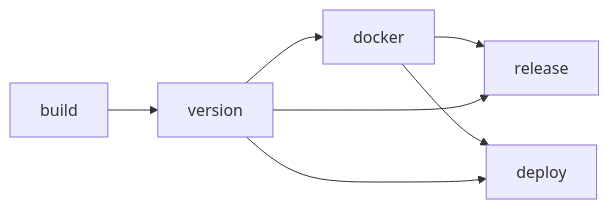
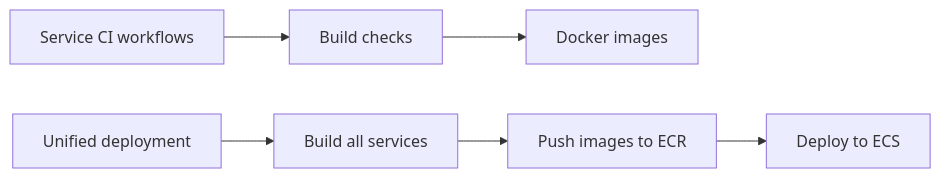
The diagram in ci-cd-pipelines.mdx (AIGravity/documentationai-Docs), drawn with Mermaid before and after one commit. The commit also changed other lines of this file and 7 other files, not shown here.

````diff
--- a/ci-cd-pipelines.mdx
+++ b/ci-cd-pipelines.mdx
@@ -20,9 +21,8 @@
 ```mermaid
 graph LR
-  A[build] --> B[version]
-  B --> C[docker]
-  C --> D[release]
-  C --> E[deploy]
-  B --> D
-  B --> E
+  A[Service CI workflows] --> B[Build checks]
+  B --> C[Docker images]
+  D[Unified deployment] --> E[Build all services]
+  E --> F[Push images to ECR]
+  F --> G[Deploy to ECS]
 ```
````
